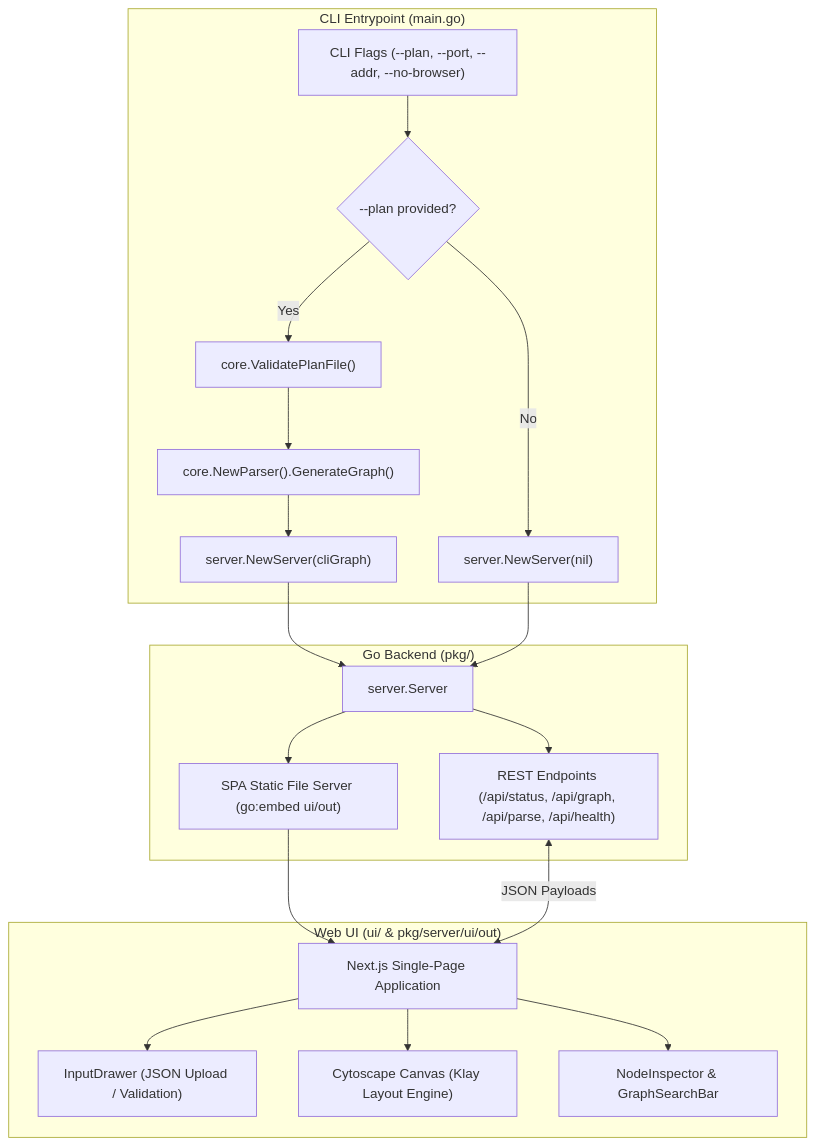
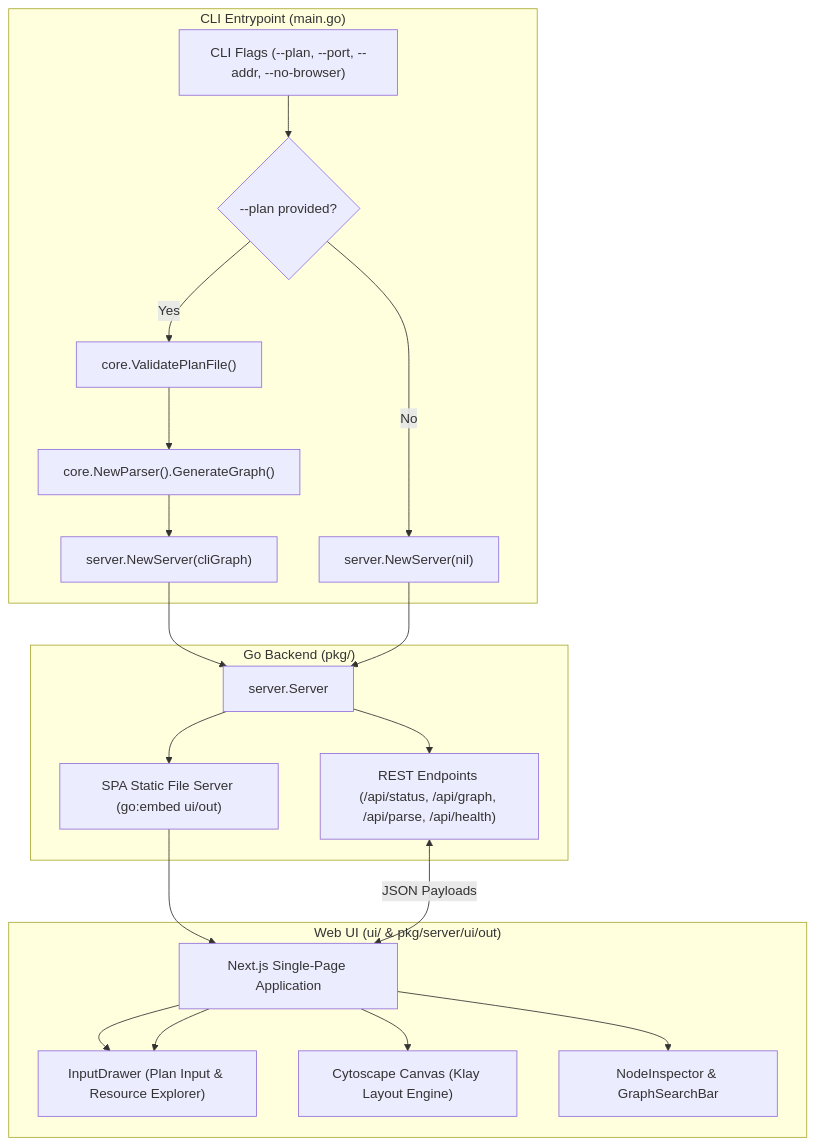
The first of 3 diagrams in README.md (AatirNadim/plan-parse), drawn with Mermaid before and after one commit. The commit also changed other lines of this file and 11 other files, not shown here.

````diff
--- a/README.md
+++ b/README.md
@@ -15,26 +15,27 @@
 ```mermaid
 flowchart TD
     subgraph CLI["CLI Entrypoint (main.go)"]
         A["CLI Flags (--plan, --port, --addr, --no-browser)"] --> B{"--plan provided?"}
         B -->|Yes| C["core.ValidatePlanFile()"]
         C --> D["core.NewParser().GenerateGraph()"]
         B -->|No| E["server.NewServer(nil)"]
         D --> F["server.NewServer(cliGraph)"]
     end
 
     subgraph Backend["Go Backend (pkg/)"]
         F --> G["server.Server"]
         E --> G
         G --> H["REST Endpoints (/api/status, /api/graph, /api/parse, /api/health)"]
         G --> I["SPA Static File Server (go:embed ui/out)"]
     end
 
     subgraph Frontend["Web UI (ui/ & pkg/server/ui/out)"]
         I --> J["Next.js Single-Page Application"]
         J --> K["InputDrawer (JSON Upload / Validation)"]
+        J --> K["InputDrawer (Plan Input & Resource Explorer)"]
         J --> L["Cytoscape Canvas (Klay Layout Engine)"]
         J --> M["NodeInspector & GraphSearchBar"]
     end
 
     H <-->|JSON Payloads| J
 ```
````
